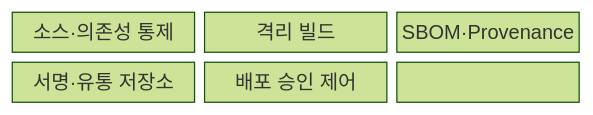
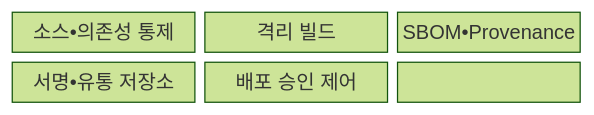
Before and after one commit to agnusdei1207/knowledge-base: the first of 2 diagrams in src/content/docs/notes/08-latest-tech/188_software_supply_chain_security.md, drawn with Mermaid (forest theme). The commit also changed other lines of this file and 953 other files, not shown here.

````diff
--- a/src/content/docs/notes/08-latest-tech/188_software_supply_chain_security.md
+++ b/src/content/docs/notes/08-latest-tech/188_software_supply_chain_security.md
@@ -69,11 +69,11 @@
 ```mermaid
 block-beta
   columns 3
-  N0["소스·의존성 통제"]
+  N0["소스•의존성 통제"]
   N1["격리 빌드"]
-  N2["SBOM·Provenance"]
-  N3["서명·유통 저장소"]
+  N2["SBOM•Provenance"]
+  N3["서명•유통 저장소"]
   N4["배포 승인 제어"]
   N0 --- N1 --- N2
   N2 --- N3 --- N4
 ```
````
